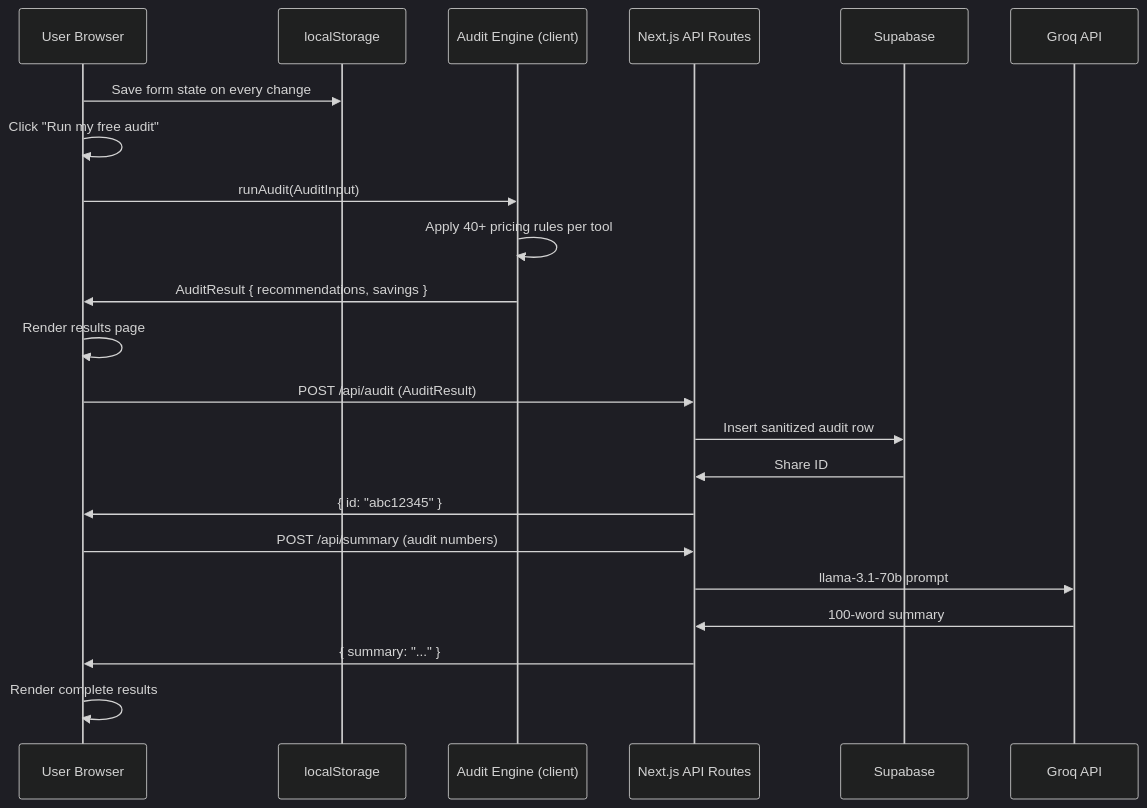
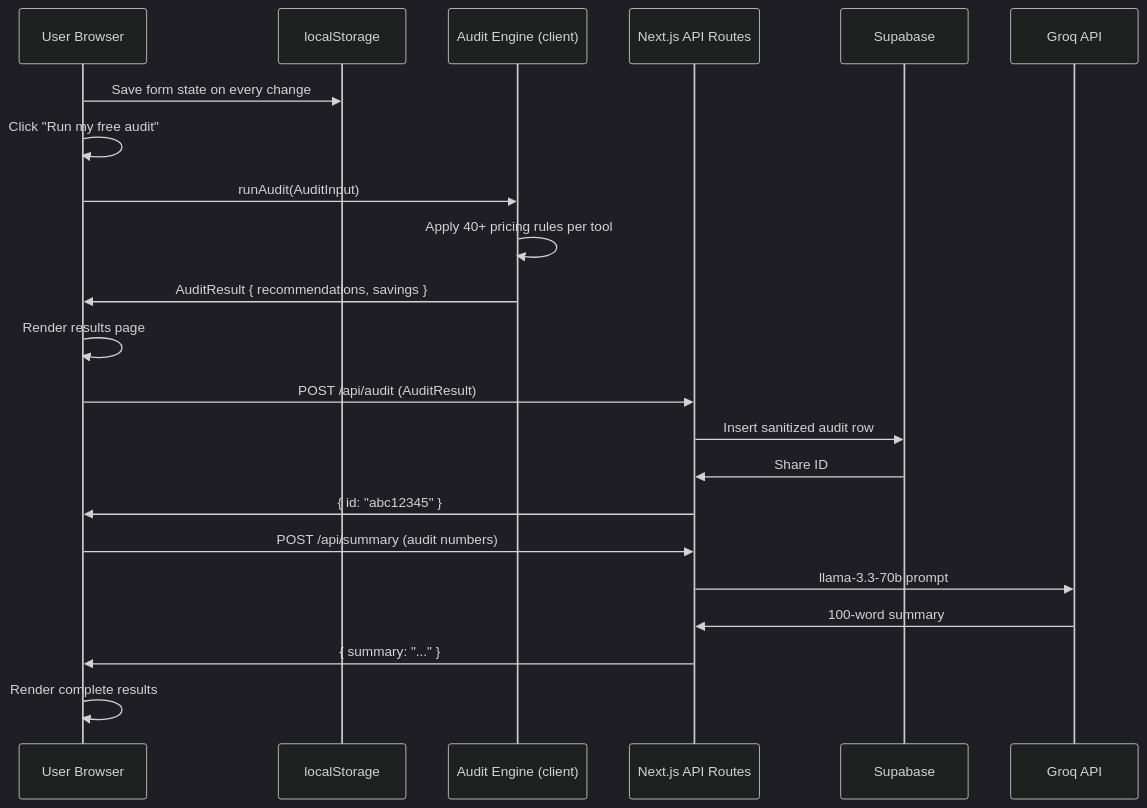
The second of 2 diagrams in ARCHITECTURE.md (RITZ124/Spendlens), drawn with Mermaid (dark theme) before and after one commit. The commit also changed other lines of this file and 1 other file, not shown here.

Commit message:
docs: update Groq model name to llama-3.3-70b across all docs

````diff
--- a/ARCHITECTURE.md
+++ b/ARCHITECTURE.md
@@ -44,25 +44,25 @@
 ```mermaid
 sequenceDiagram
     participant U as User Browser
     participant LS as localStorage
     participant AE as Audit Engine (client)
     participant API as Next.js API Routes
     participant SB as Supabase
     participant GR as Groq API
 
     U->>LS: Save form state on every change
     U->>U: Click "Run my free audit"
     U->>AE: runAudit(AuditInput)
     AE->>AE: Apply 40+ pricing rules per tool
     AE->>U: AuditResult { recommendations, savings }
     U->>U: Render results page
     U->>API: POST /api/audit (AuditResult)
     API->>SB: Insert sanitized audit row
     SB->>API: Share ID
     API->>U: { id: "abc12345" }
     U->>API: POST /api/summary (audit numbers)
-    API->>GR: llama-3.1-70b prompt
+    API->>GR: llama-3.3-70b prompt
     GR->>API: 100-word summary
     API->>U: { summary: "..." }
     U->>U: Render complete results
 ```
````
